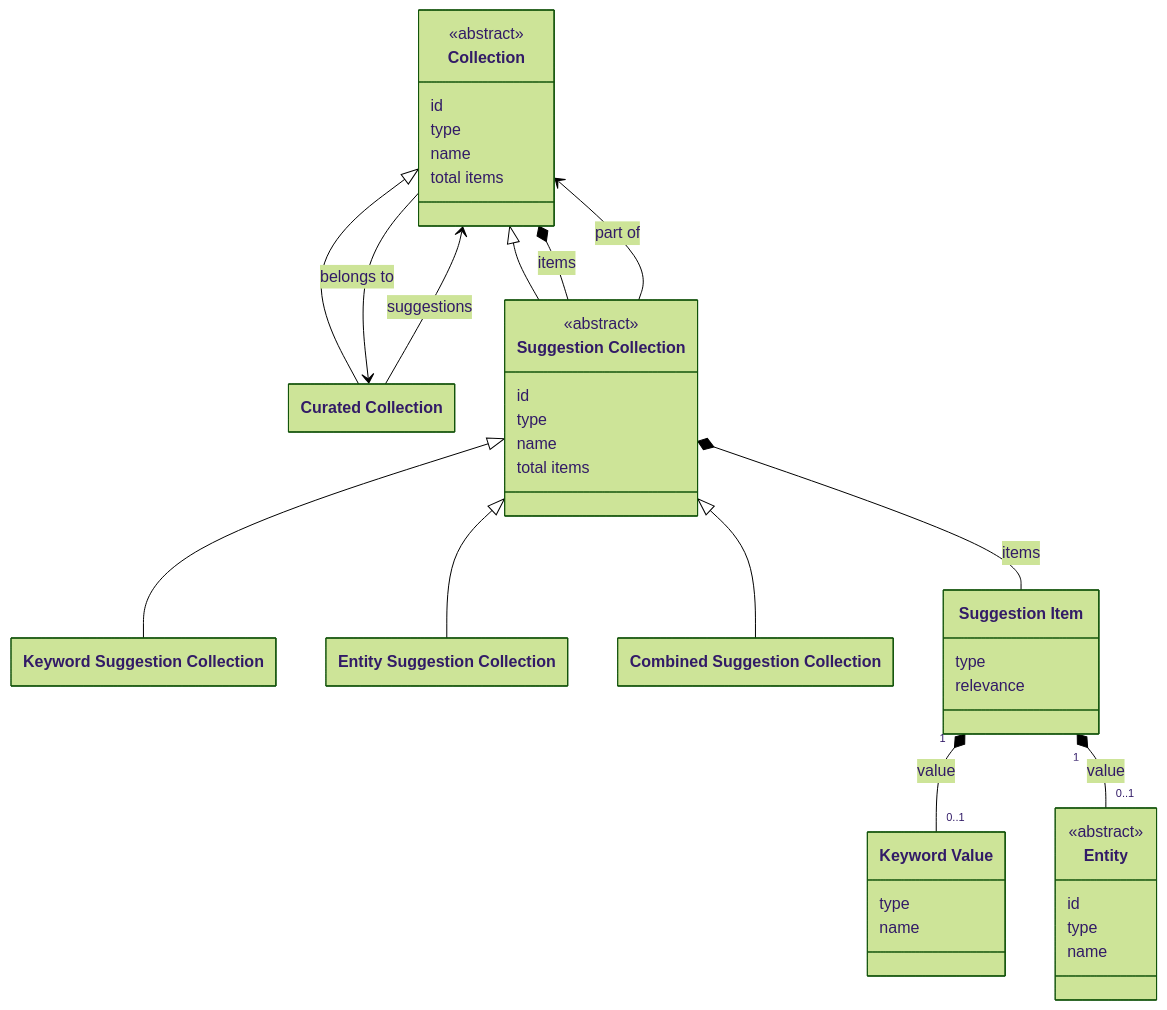
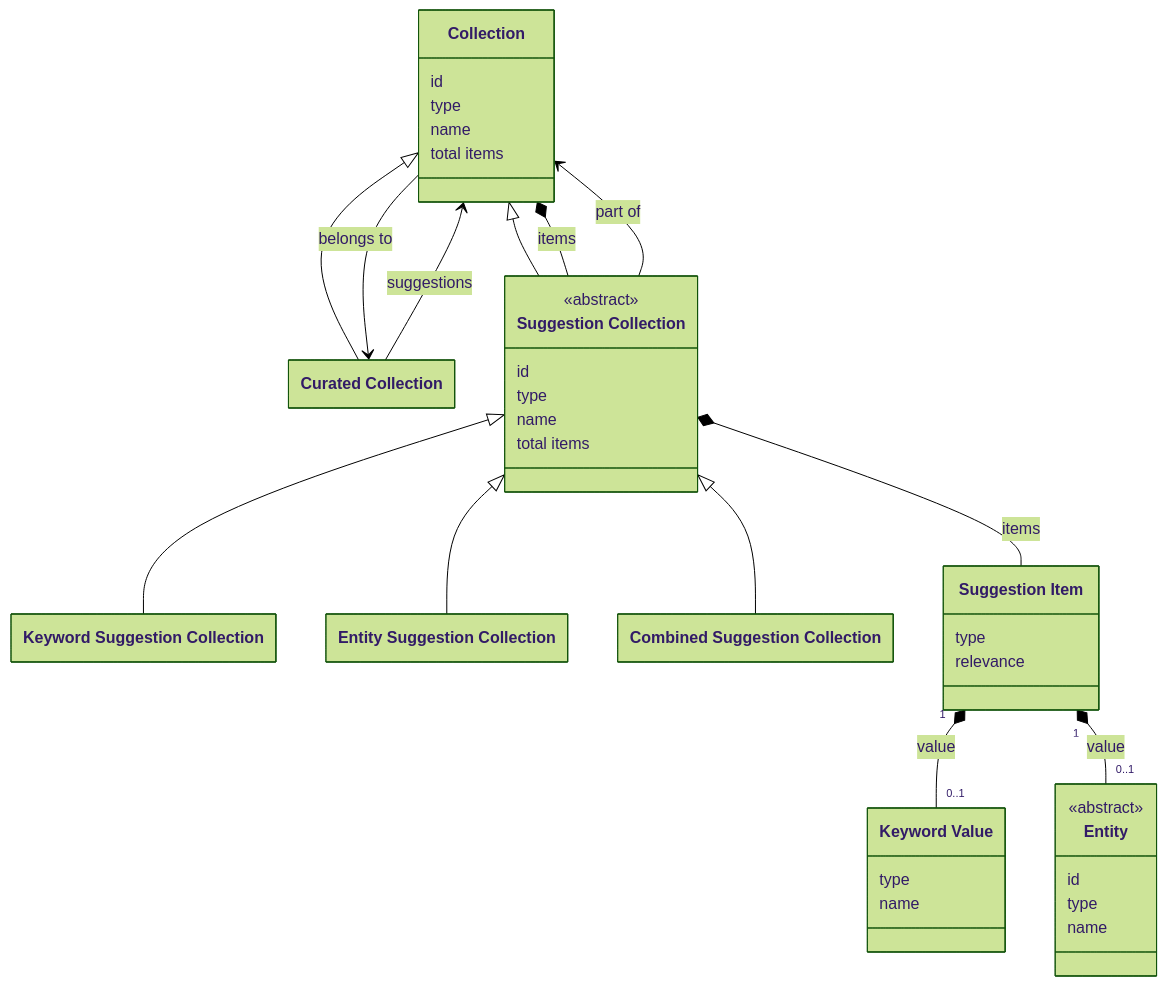
One commit to netwerk-digitaal-erfgoed/netwerk-digitaal-erfgoed.github.io changed the diagram in docs/requirements/data-layer-api/rest/suggestions.md. Above: the diagram before and after it, drawn with Mermaid (forest theme). The commit also changed other lines of this file and 1 other file, not shown here.

Commit message:
docs(data-layer-api): refactor documentation tables and diagrams

````diff
--- a/docs/requirements/data-layer-api/rest/suggestions.md
+++ b/docs/requirements/data-layer-api/rest/suggestions.md
@@ -31,60 +31,59 @@
 ```mermaid
 ---
   config:
     class:
       hideEmptyMembersBox: true
 ---
 classDiagram
 
 class Collection["Collection"] {
-  <<abstract>>
   id
   type
   name
   total items
 }
 
 class CuratedCollection["Curated Collection"]
 
 class SuggestionCollection["Suggestion Collection"] {
   <<abstract>>
   id
   type
   name
   total items
 }
 
 class KeywordSuggestionCollection["Keyword Suggestion Collection"]
 class EntitySuggestionCollection["Entity Suggestion Collection"]
 class CombinedSuggestionCollection["Combined Suggestion Collection"]
 
 class SuggestionItem["Suggestion Item"] {
   type
   relevance
 }
 
 class KeywordValue["Keyword Value"] {
   type
   name
 }
 
 class Entity {
   <<abstract>>
   id
   type
   name
 }
 
 Collection <|-- CuratedCollection
 Collection <|-- SuggestionCollection
 CuratedCollection --> Collection : suggestions
 Collection --> CuratedCollection : belongs to
 Collection *-- SuggestionCollection : items
 SuggestionCollection --> Collection : part of
 SuggestionCollection <|-- KeywordSuggestionCollection
 SuggestionCollection <|-- EntitySuggestionCollection
 SuggestionCollection <|-- CombinedSuggestionCollection
 SuggestionCollection *-- SuggestionItem : items
 SuggestionItem "1" *-- "0..1" KeywordValue : value
 SuggestionItem "1" *-- "0..1" Entity  : value
 ```
````
